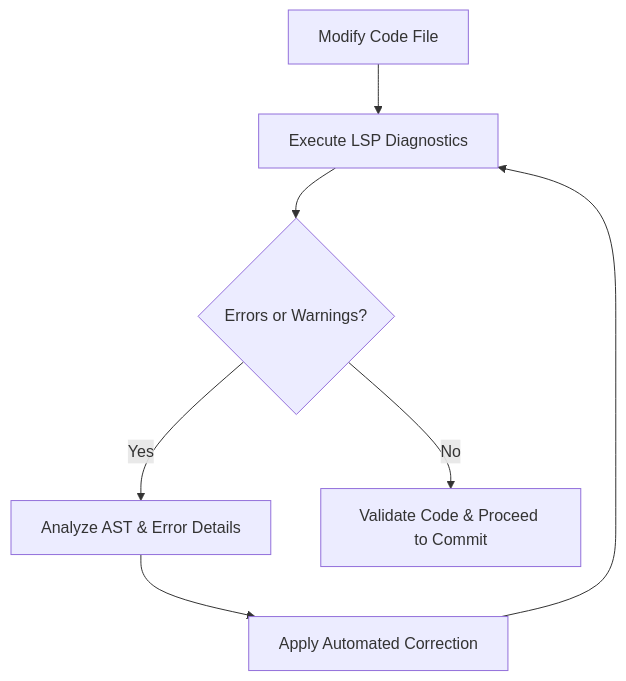
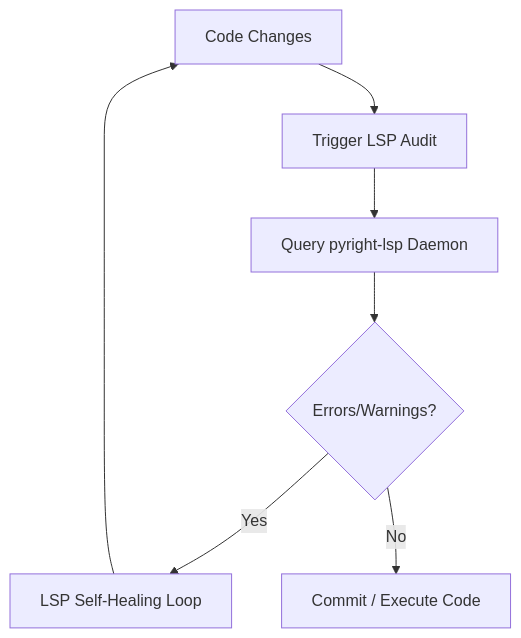
One commit to lordmahonheim-bot/Tesla-Antigravity-CLI changed the diagram in 01-LSP-Self-Healing/README.md. Above: the diagram before and after it, drawn with Mermaid. The commit also changed other lines of this file and 43 other files, not shown here.

````diff
--- a/01-LSP-Self-Healing/README.md
+++ b/01-LSP-Self-Healing/README.md
@@ -9,9 +51,9 @@
 ```mermaid
 graph TD
-    A[Modify Code File] --> B[Execute LSP Diagnostics]
-    B --> C{Errors or Warnings?}
-    C -- Yes --> D[Analyze AST & Error Details]
-    D --> E[Apply Automated Correction]
-    E --> B
-    C -- No --> F[Validate Code & Proceed to Commit]
+    A[Code Changes] --> B[Trigger LSP Audit]
+    B --> C[Query pyright-lsp Daemon]
+    C --> D{Errors/Warnings?}
+    D -- Yes --> E[LSP Self-Healing Loop]
+    E --> A
+    D -- No --> F[Commit / Execute Code]
 ```
````
